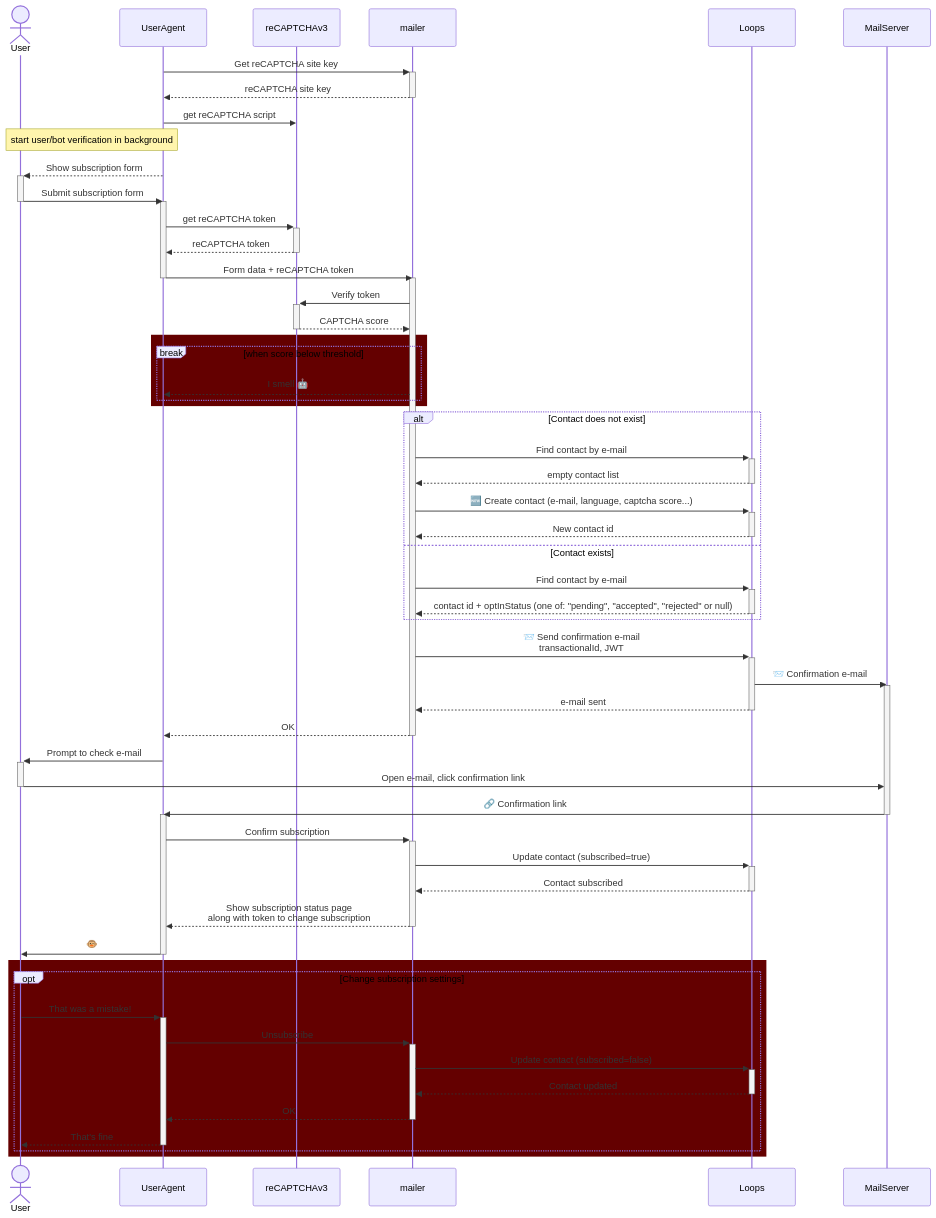
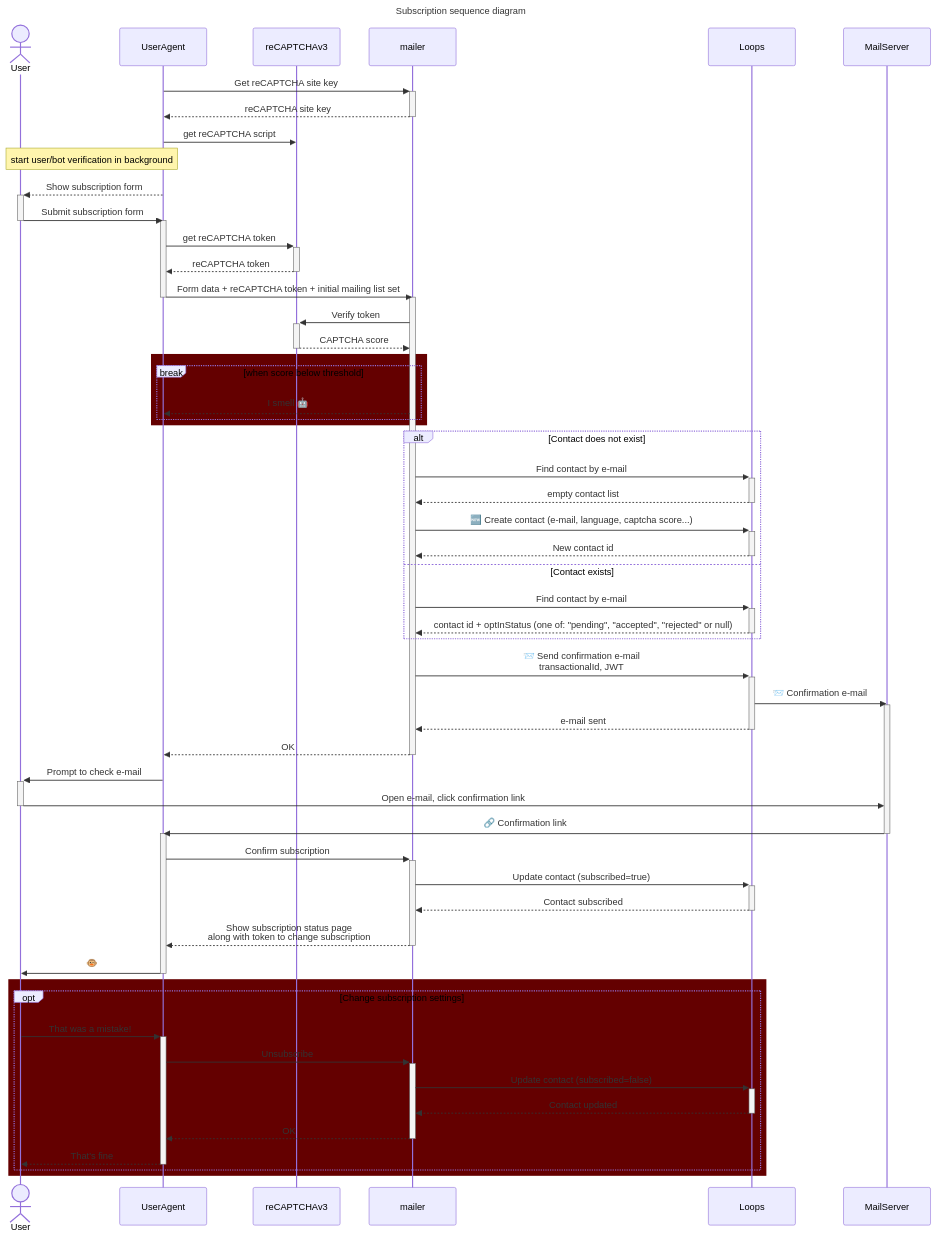
The first of 2 diagrams in README.md (lispmachine/carajillo), drawn with Mermaid before and after one commit. The commit also changed other lines of this file and 5 other files, not shown here.

````diff
--- a/README.md
+++ b/README.md
@@ -239,72 +241,75 @@
 ```mermaid
+---
+title: Subscription sequence diagram 
+---
 sequenceDiagram
   actor User
   participant UserAgent
   participant reCAPTCHAv3
   participant mailer
   participant Loops
   participant MailServer
 
   UserAgent ->>+ mailer: Get reCAPTCHA site key
   mailer -->>- UserAgent: reCAPTCHA site key
   UserAgent ->> reCAPTCHAv3: get reCAPTCHA script
   note over User,UserAgent: start user/bot verification in background
 
   UserAgent -->>+ User: Show subscription form
 
   User ->>- UserAgent: Submit subscription form
   activate UserAgent
   UserAgent ->>+ reCAPTCHAv3: get reCAPTCHA token
   reCAPTCHAv3 -->>- UserAgent: reCAPTCHA token
-  UserAgent ->> mailer: Form data + reCAPTCHA token
+  UserAgent ->> mailer: Form data + reCAPTCHA token + initial mailing list set
   deactivate UserAgent
 
     activate mailer
     mailer ->>+ reCAPTCHAv3: Verify token
     reCAPTCHAv3 -->>- mailer: CAPTCHA score
     rect rgb(100, 0, 0)
       break when score below threshold
         mailer -->> UserAgent: I smell 🤖
       end
     end
 
     alt Contact does not exist
       mailer ->>+ Loops: Find contact by e-mail
       Loops -->>- mailer: empty contact list
       mailer ->>+ Loops: 🆕 Create contact (e-mail, language, captcha score...)
       Loops -->>- mailer: New contact id
     else Contact exists
       mailer ->>+ Loops: Find contact by e-mail
       Loops -->>- mailer: contact id + optInStatus (one of: "pending", "accepted", "rejected" or null)
     end
     mailer ->>+ Loops: 📨 Send confirmation e-mail<br/>transactionalId, JWT
     Loops ->> MailServer: 📨 Confirmation e-mail
     activate MailServer
     Loops -->>- mailer: e-mail sent
 
   mailer -->> UserAgent: OK
   deactivate mailer
   UserAgent ->>+ User: Prompt to check e-mail
 
   User ->>- MailServer: Open e-mail, click confirmation link
   MailServer ->> UserAgent: 🔗 Confirmation link
   deactivate MailServer
   activate UserAgent
   UserAgent ->>+ mailer: Confirm subscription
     mailer ->>+ Loops: Update contact (subscribed=true)
     Loops -->>- mailer: Contact subscribed
   mailer -->>- UserAgent: Show subscription status page<br/>along with token to change subscription
   UserAgent ->> User: 🐵
   deactivate UserAgent
 
   rect rgb(100, 0, 0)
     opt Change subscription settings
       User ->>+ UserAgent: That was a mistake!
       UserAgent ->>+ mailer: Unsubscribe
       mailer ->>+ Loops: Update contact (subscribed=false)
       Loops -->>- mailer: Contact updated
       mailer -->>- UserAgent: OK
       UserAgent -->>- User: That's fine
     end
   end
 ```
````
